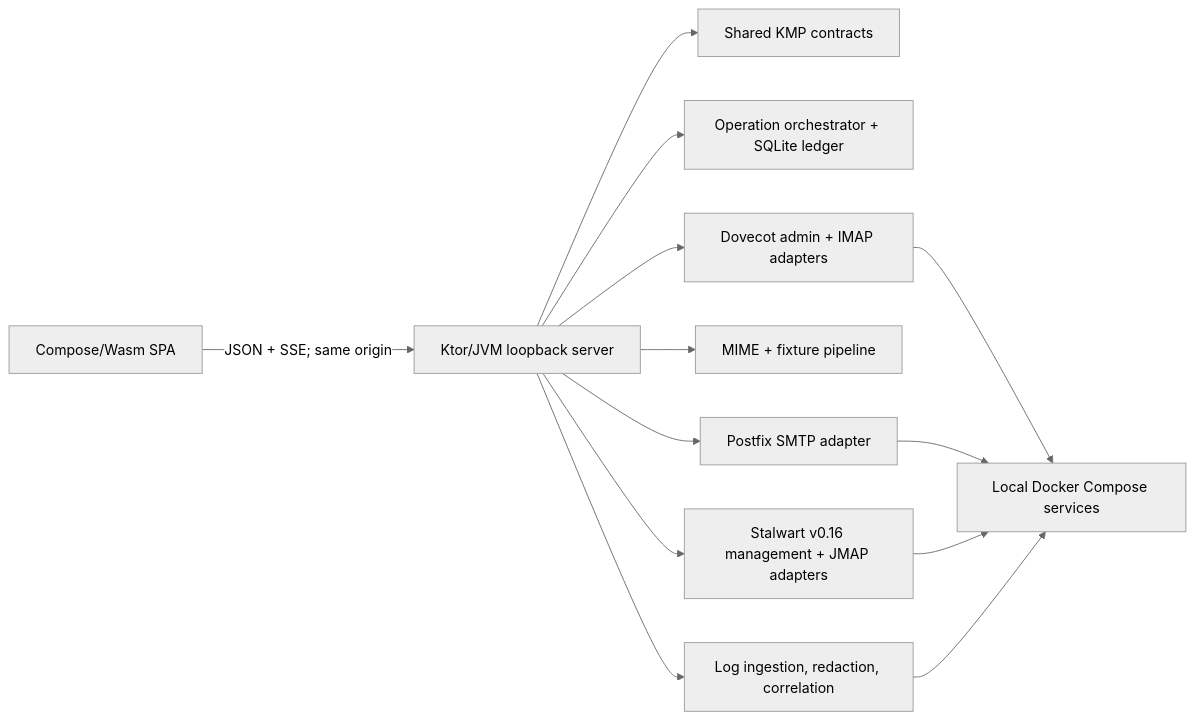
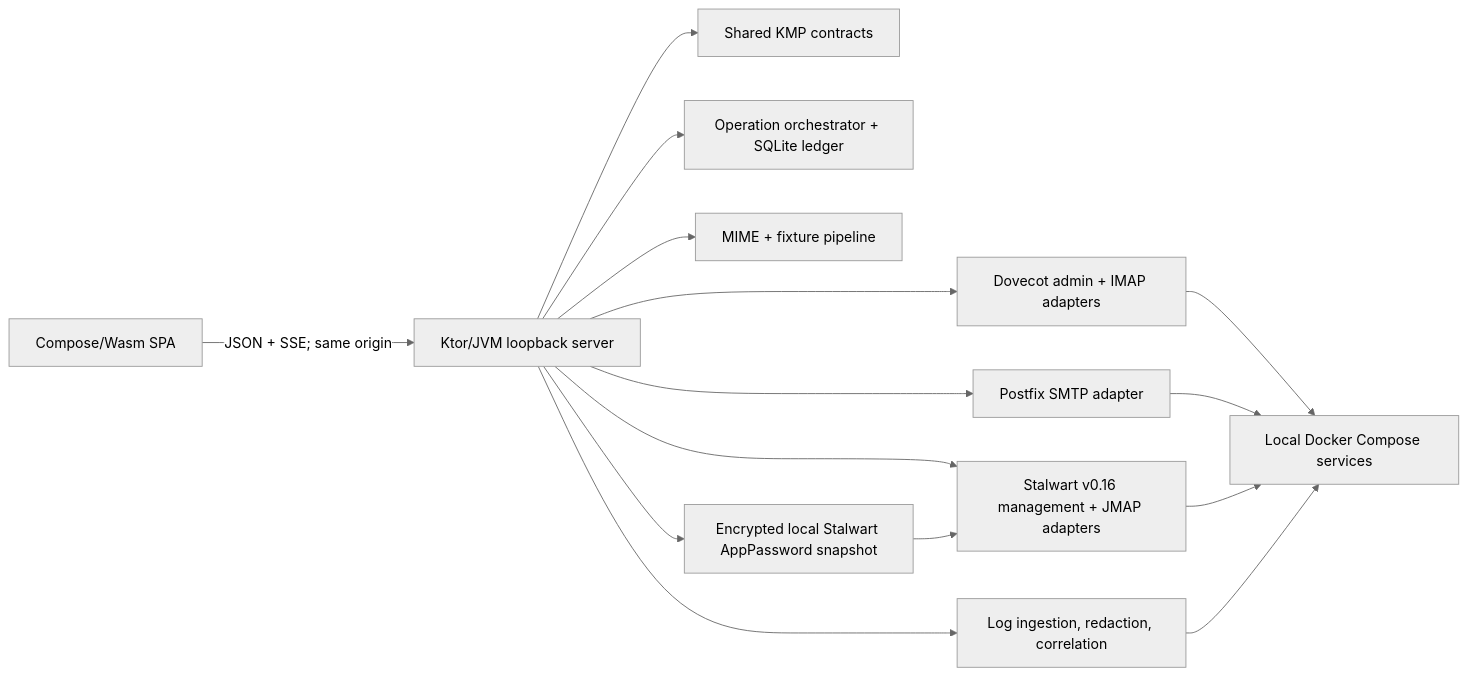
One commit to rafaeltonholo/imap-testing-server changed the diagram in docs/superpowers/specs/2026-07-23-debug-dashboard-design.md. Above: the diagram before and after it, drawn with Mermaid (neutral theme). The commit also changed other lines of this file, not shown here.

Commit message:
docs: approve Stalwart AppPassword design

````diff
--- a/docs/superpowers/specs/2026-07-23-debug-dashboard-design.md
+++ b/docs/superpowers/specs/2026-07-23-debug-dashboard-design.md
@@ -89,15 +97,17 @@
 ```mermaid
 flowchart LR
     Browser["Compose/Wasm SPA"] -->|"JSON + SSE; same origin"| Ktor["Ktor/JVM loopback server"]
     Ktor --> Contracts["Shared KMP contracts"]
     Ktor --> Operations["Operation orchestrator + SQLite ledger"]
     Ktor --> Logs["Log ingestion, redaction, correlation"]
     Ktor --> Fixtures["MIME + fixture pipeline"]
+    Ktor --> Credentials["Encrypted local Stalwart AppPassword snapshot"]
     Ktor --> Dovecot["Dovecot admin + IMAP adapters"]
     Ktor --> Postfix["Postfix SMTP adapter"]
     Ktor --> Stalwart["Stalwart v0.16 management + JMAP adapters"]
     Dovecot --> Compose["Local Docker Compose services"]
     Postfix --> Compose
+    Credentials --> Stalwart
     Stalwart --> Compose
     Logs --> Compose
 ```
````
